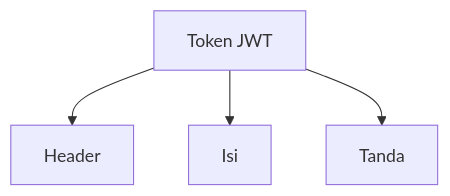
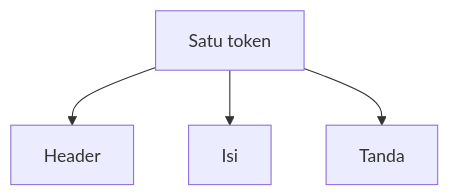
One commit to antonprafanto/mobile2026 changed the fifth of 7 diagrams in modul-07-rest/README.md. Above: the diagram before and after it, drawn with Mermaid. The commit also changed other lines of this file and 2 other files, not shown here.

Commit message:
Clarify Modul 07 after GitHub preview so mermaid labels fit and localhost is not one address.

````diff
--- a/modul-07-rest/README.md
+++ b/modul-07-rest/README.md
@@ -307,6 +306,6 @@
 ```mermaid
 flowchart TB
-  Token["Token JWT"] --> H["Header"]
-  Token --> I["Isi"]
-  Token --> T["Tanda"]
+  JWT["Satu token"] --> H["Header"]
+  JWT --> I["Isi"]
+  JWT --> T["Tanda"]
 ```
````
